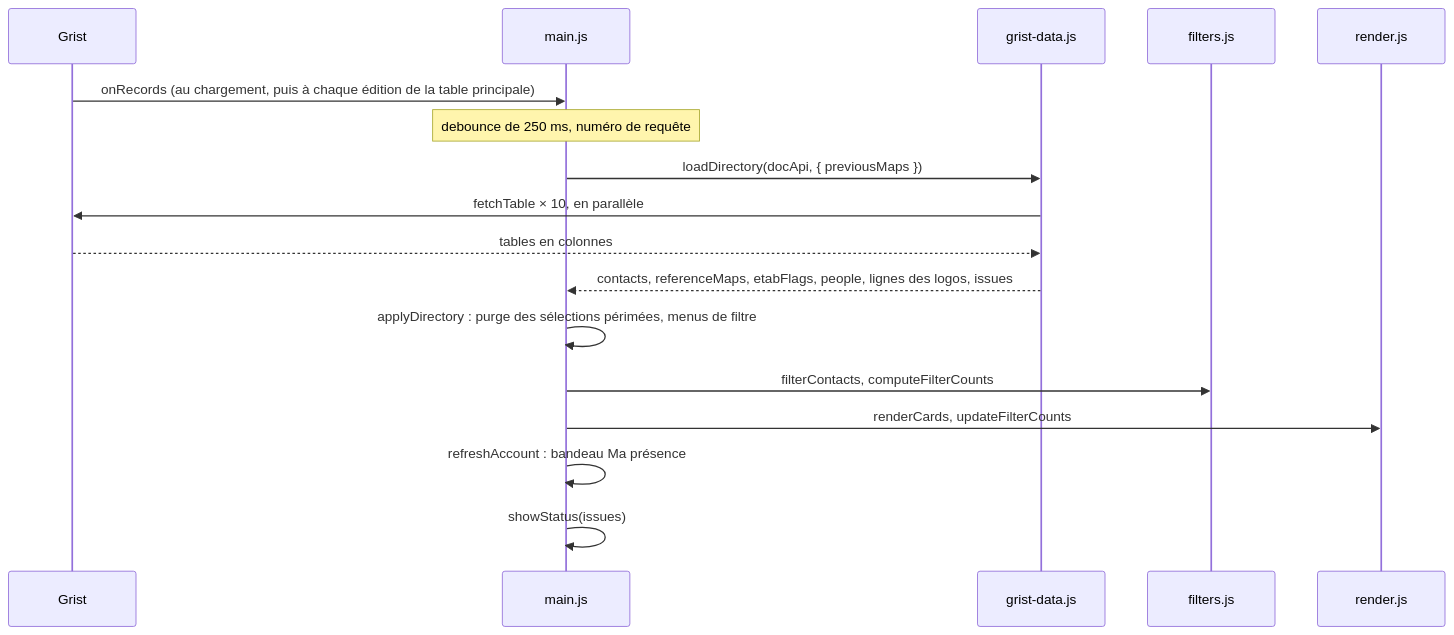
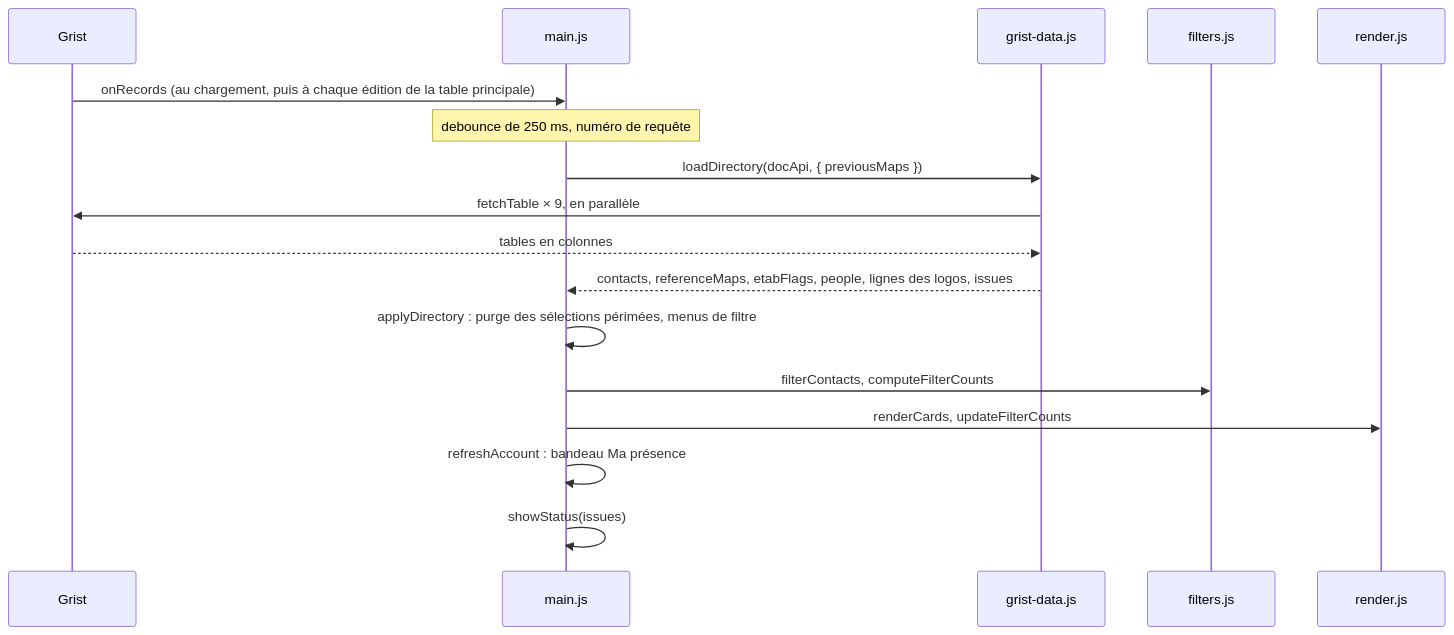
One commit to lombre33/Annuaire_PUI_Bordeaux changed the third of 7 diagrams in docs/developpeurs.md. Above: the diagram before and after it, drawn with Mermaid. The commit also changed other lines of this file and 10 other files, not shown here.

````diff
--- a/docs/developpeurs.md
+++ b/docs/developpeurs.md
@@ -240,19 +241,19 @@
 ```mermaid
 sequenceDiagram
     participant G as Grist
     participant M as main.js
     participant D as grist-data.js
     participant F as filters.js
     participant R as render.js
     G->>M: onRecords (au chargement, puis à chaque édition de la table principale)
     Note over M: debounce de 250 ms, numéro de requête
     M->>D: loadDirectory(docApi, { previousMaps })
-    D->>G: fetchTable × 10, en parallèle
+    D->>G: fetchTable × 9, en parallèle
     G-->>D: tables en colonnes
     D-->>M: contacts, referenceMaps, etabFlags, people, lignes des logos, issues
     M->>M: applyDirectory : purge des sélections périmées, menus de filtre
     M->>F: filterContacts, computeFilterCounts
     M->>R: renderCards, updateFilterCounts
     M->>M: refreshAccount : bandeau Ma présence
     M->>M: showStatus(issues)
 ```
````
